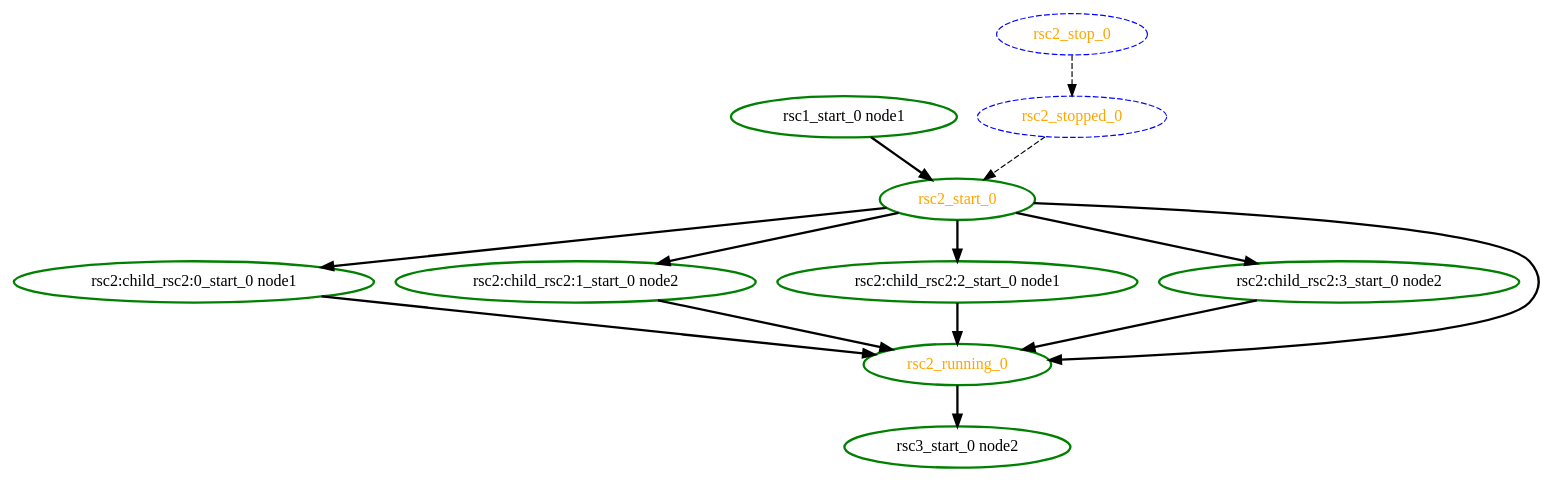
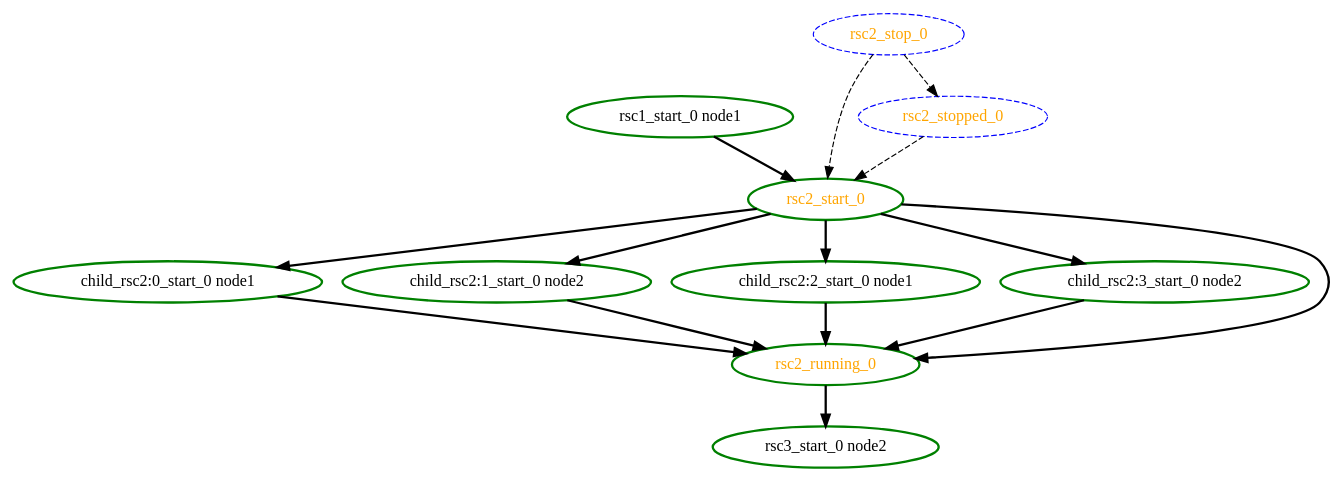
One commit to richiewen8/heartbeat changed the diagram in crm/pengine/testcases/inc1.dot. Above: the diagram before and after it, drawn with Graphviz. The commit also changed 200 other files, not shown here.

```diff
--- a/crm/pengine/testcases/inc1.dot
+++ b/crm/pengine/testcases/inc1.dot
@@ -1,26 +1,27 @@
 digraph "g" {
 	size = "30,30"
 "rsc1_start_0 node1" [ style=bold color="green" fontcolor="black" ]
-"rsc2:child_rsc2:0_start_0 node1" [ style=bold color="green" fontcolor="black" ]
-"rsc2:child_rsc2:1_start_0 node2" [ style=bold color="green" fontcolor="black" ]
-"rsc2:child_rsc2:2_start_0 node1" [ style=bold color="green" fontcolor="black" ]
-"rsc2:child_rsc2:3_start_0 node2" [ style=bold color="green" fontcolor="black" ]
+"child_rsc2:0_start_0 node1" [ style=bold color="green" fontcolor="black" ]
+"child_rsc2:1_start_0 node2" [ style=bold color="green" fontcolor="black" ]
+"child_rsc2:2_start_0 node1" [ style=bold color="green" fontcolor="black" ]
+"child_rsc2:3_start_0 node2" [ style=bold color="green" fontcolor="black" ]
 "rsc2_start_0" [ style=bold color="green" fontcolor="orange" ]
 "rsc2_running_0" [ style=bold color="green" fontcolor="orange" ]
 "rsc2_stop_0" [ style="dashed" color="blue" fontcolor="orange" ]
 "rsc2_stopped_0" [ style="dashed" color="blue" fontcolor="orange" ]
 "rsc3_start_0 node2" [ style=bold color="green" fontcolor="black" ]
-"rsc2_start_0" -> "rsc2:child_rsc2:0_start_0 node1" [ style = bold]
-"rsc2_start_0" -> "rsc2:child_rsc2:1_start_0 node2" [ style = bold]
-"rsc2_start_0" -> "rsc2:child_rsc2:2_start_0 node1" [ style = bold]
-"rsc2_start_0" -> "rsc2:child_rsc2:3_start_0 node2" [ style = bold]
+"rsc2_start_0" -> "child_rsc2:0_start_0 node1" [ style = bold]
+"rsc2_start_0" -> "child_rsc2:1_start_0 node2" [ style = bold]
+"rsc2_start_0" -> "child_rsc2:2_start_0 node1" [ style = bold]
+"rsc2_start_0" -> "child_rsc2:3_start_0 node2" [ style = bold]
 "rsc1_start_0 node1" -> "rsc2_start_0" [ style = bold]
+"rsc2_stop_0" -> "rsc2_start_0" [ style = dashed]
 "rsc2_stopped_0" -> "rsc2_start_0" [ style = dashed]
-"rsc2:child_rsc2:0_start_0 node1" -> "rsc2_running_0" [ style = bold]
-"rsc2:child_rsc2:1_start_0 node2" -> "rsc2_running_0" [ style = bold]
-"rsc2:child_rsc2:2_start_0 node1" -> "rsc2_running_0" [ style = bold]
-"rsc2:child_rsc2:3_start_0 node2" -> "rsc2_running_0" [ style = bold]
+"child_rsc2:0_start_0 node1" -> "rsc2_running_0" [ style = bold]
+"child_rsc2:1_start_0 node2" -> "rsc2_running_0" [ style = bold]
+"child_rsc2:2_start_0 node1" -> "rsc2_running_0" [ style = bold]
+"child_rsc2:3_start_0 node2" -> "rsc2_running_0" [ style = bold]
 "rsc2_start_0" -> "rsc2_running_0" [ style = bold]
 "rsc2_stop_0" -> "rsc2_stopped_0" [ style = dashed]
 "rsc2_running_0" -> "rsc3_start_0 node2" [ style = bold]
 }
```
